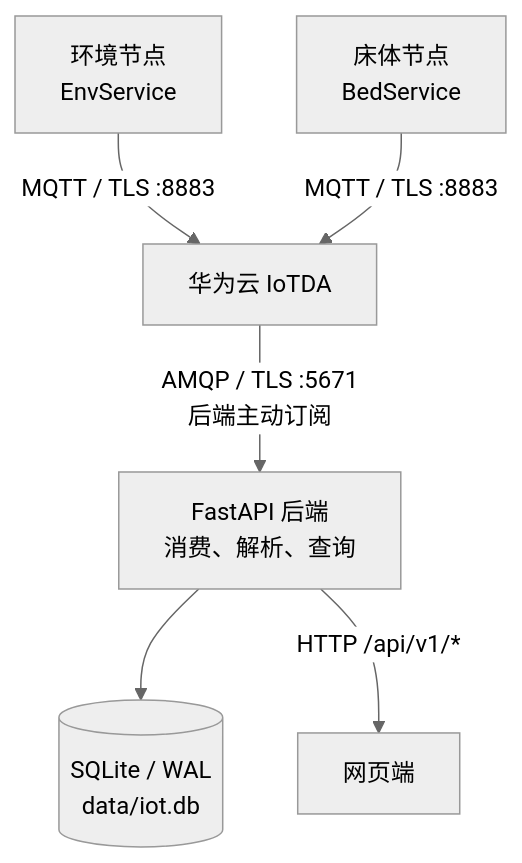
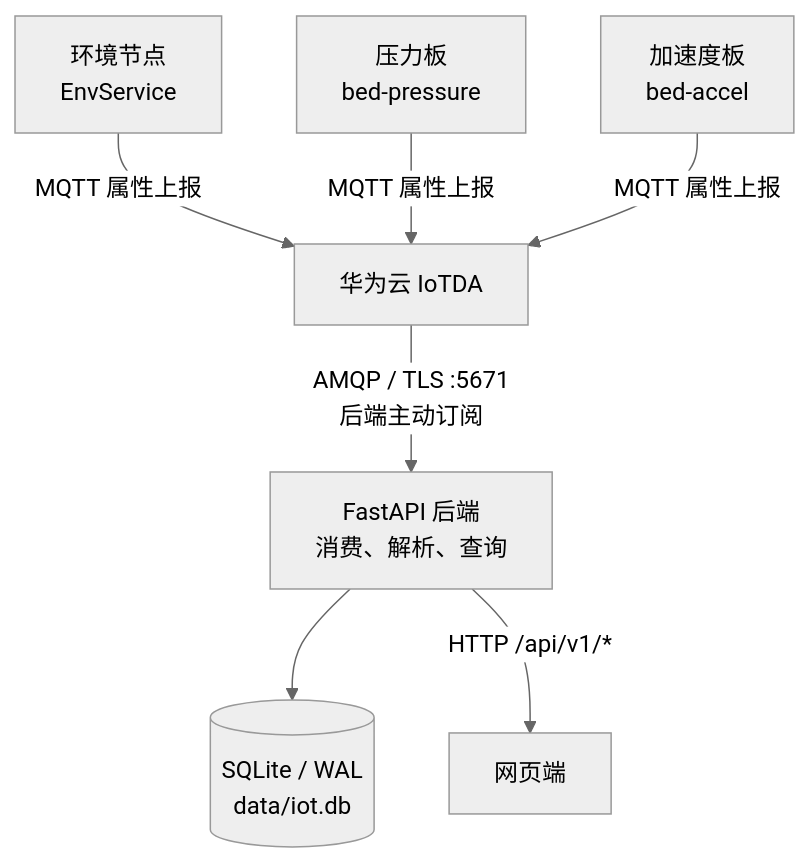
The diagram in README.md (Rimeaura/mattress-iot), drawn with Mermaid (neutral theme) before and after one commit. The commit also changed other lines of this file and 7 other files, not shown here.

````diff
--- a/README.md
+++ b/README.md
@@ -26,15 +27,17 @@
 ```mermaid
 flowchart TD
     Env["环境节点<br/>EnvService"]
-    Bed["床体节点<br/>BedService"]
+    Pressure["压力板<br/>bed-pressure"]
+    Accel["加速度板<br/>bed-accel"]
     IoTDA["华为云 IoTDA"]
     Backend["FastAPI 后端<br/>消费、解析、查询"]
     DB[("SQLite / WAL<br/>data/iot.db")]
     Web["网页端"]
 
-    Env -->|"MQTT / TLS :8883"| IoTDA
-    Bed -->|"MQTT / TLS :8883"| IoTDA
+    Env -->|"MQTT 属性上报"| IoTDA
+    Pressure -->|"MQTT 属性上报"| IoTDA
+    Accel -->|"MQTT 属性上报"| IoTDA
     IoTDA -->|"AMQP / TLS :5671<br/>后端主动订阅"| Backend
     Backend --> DB
     Backend -->|"HTTP /api/v1/*"| Web
 ```
````
